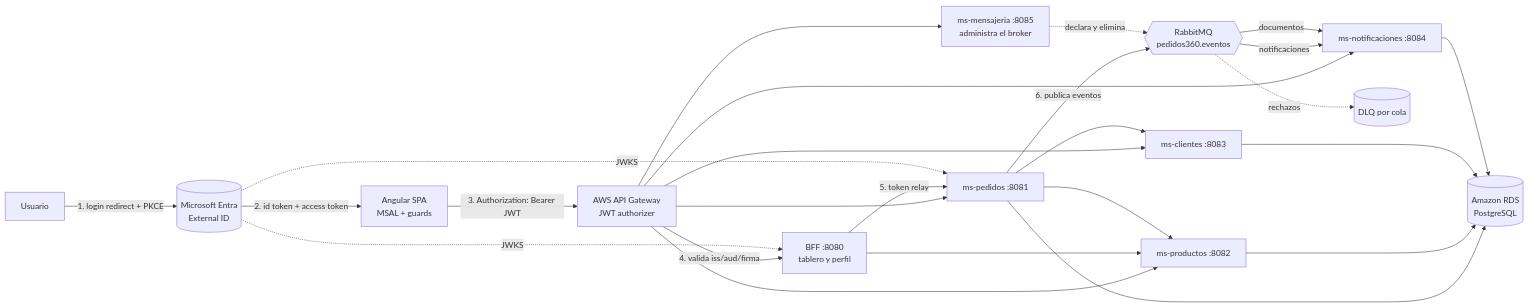
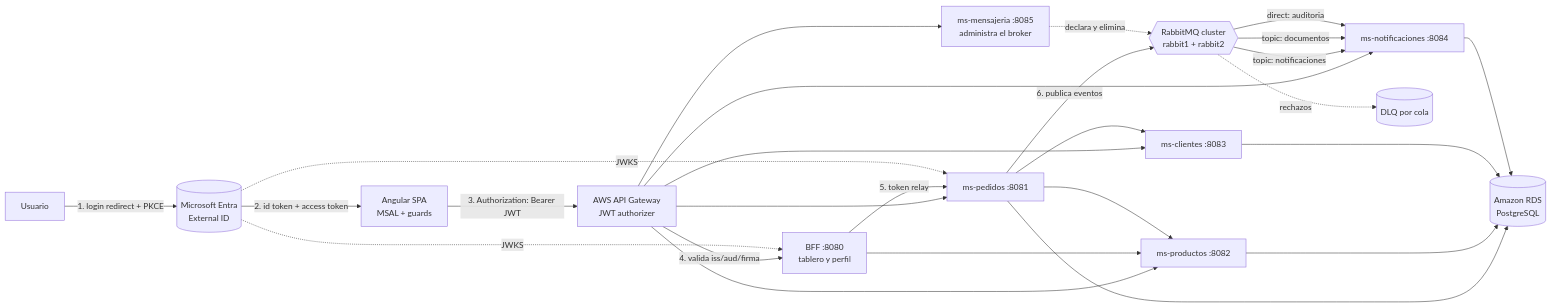
The first of 3 diagrams in docs/02-arquitectura.md (Zetita1/Pedidos360-backend), drawn with Mermaid before and after one commit. The commit also changed 27 other files, not shown here.

First line of the commit message:
Agrega el cluster de dos nodos, el exchange direct y la tercera cola con su DLQ

````diff
--- a/docs/02-arquitectura.md
+++ b/docs/02-arquitectura.md
@@ -5,27 +5,28 @@
 ```mermaid
 flowchart LR
     U[Usuario] -->|1. login redirect + PKCE| IDaaS[(Microsoft Entra<br/>External ID)]
     IDaaS -->|2. id token + access token| SPA[Angular SPA<br/>MSAL + guards]
     SPA -->|3. Authorization: Bearer JWT| GW[AWS API Gateway<br/>JWT authorizer]
     GW -->|4. valida iss/aud/firma| BFF[BFF :8080<br/>tablero y perfil]
     GW --> MP[ms-pedidos :8081]
     GW --> MPr[ms-productos :8082]
     GW --> MC[ms-clientes :8083]
     BFF -->|5. token relay| MP
     BFF --> MPr
     MP --> MPr
     MP --> MC
     GW --> MN[ms-notificaciones :8084]
     GW --> MM[ms-mensajeria :8085<br/>administra el broker]
-    MP -->|6. publica eventos| MQ{{RabbitMQ<br/>pedidos360.eventos}}
-    MQ -->|notificaciones| MN
-    MQ -->|documentos| MN
+    MP -->|6. publica eventos| MQ{{RabbitMQ cluster<br/>rabbit1 + rabbit2}}
+    MQ -->|topic: notificaciones| MN
+    MQ -->|topic: documentos| MN
+    MQ -->|direct: auditoria| MN
     MQ -.->|rechazos| DLQ[(DLQ por cola)]
     MM -.->|declara y elimina| MQ
     MP --> DB[(Amazon RDS<br/>PostgreSQL)]
     MPr --> DB
     MC --> DB
     MN --> DB
     IDaaS -. JWKS .-> BFF
     IDaaS -. JWKS .-> MP
 ```
````
